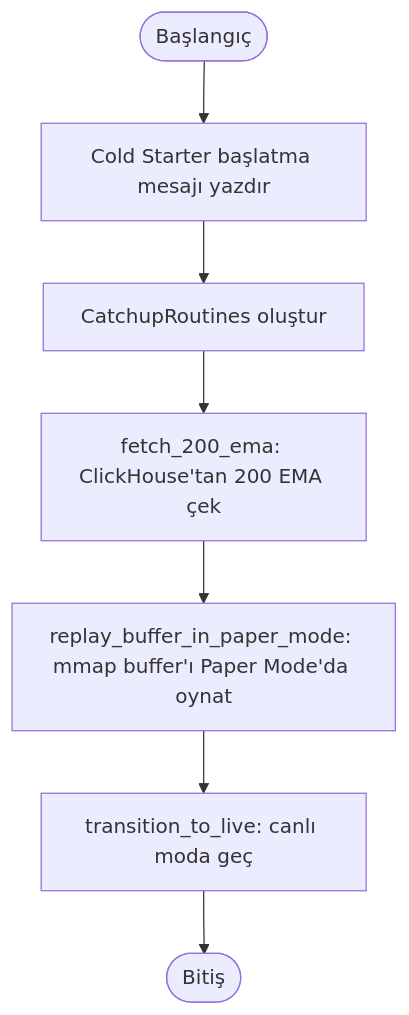
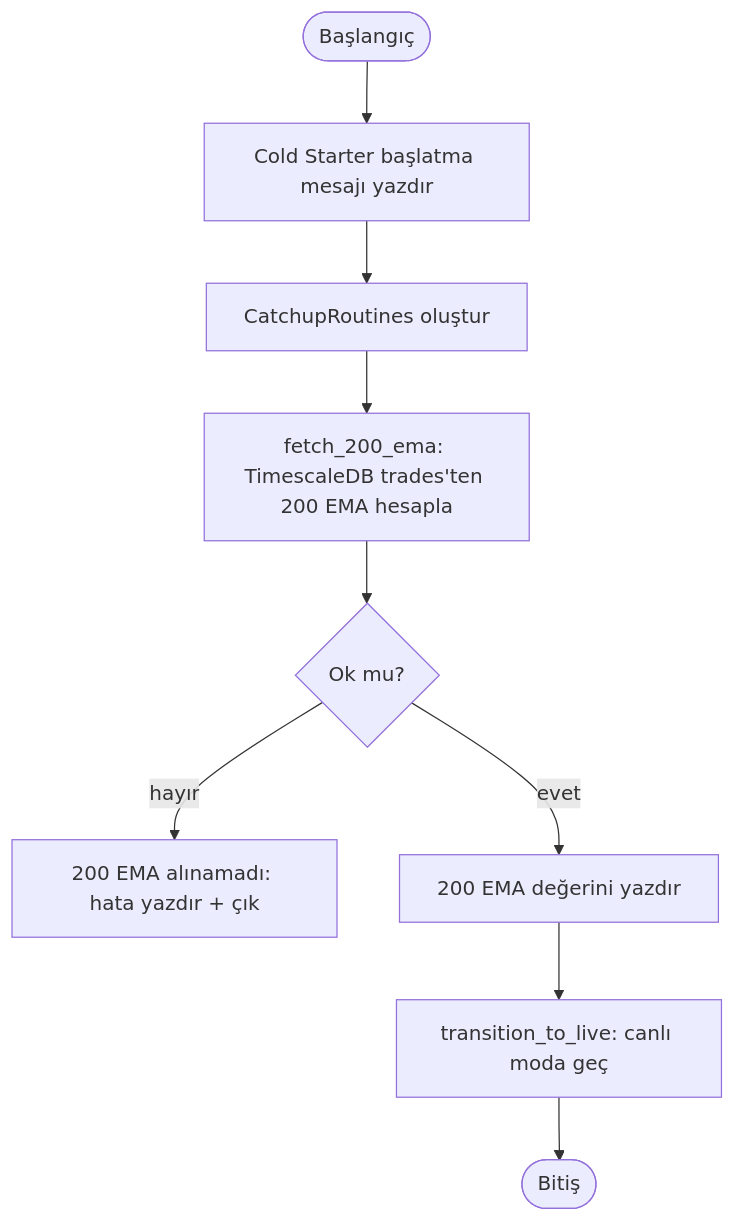
Before and after one commit to Quant-Trade-Lab-Community/cycle_finance_bot: the diagram in docs/flowcharts/dosya-akis/cold-starter/src/main.rs.mmd, drawn with Mermaid. The commit also changed 165 other files, not shown here.

Commit message:
docs: remove deleted services' code dumps and update architecture (Bölüm 3, 2, 1); update Cargo.toml workspace; update mermaid flowcharts; remove SQLite refs

```diff
--- a/docs/flowcharts/dosya-akis/cold-starter/src/main.rs.mmd
+++ b/docs/flowcharts/dosya-akis/cold-starter/src/main.rs.mmd
@@ -1,9 +1,12 @@
 graph TD
     A([Başlangıç]) --> B[Cold Starter başlatma mesajı yazdır]
     B --> C[CatchupRoutines oluştur]
 
-    C --> D[fetch_200_ema: ClickHouse'tan 200 EMA çek]
-    D --> E[replay_buffer_in_paper_mode: mmap buffer'ı Paper Mode'da oynat]
-    E --> F[transition_to_live: canlı moda geç]
+    C --> D[fetch_200_ema: TimescaleDB trades'ten 200 EMA hesapla]
+    D --> E{Ok mu?}
+    E -->|hayır| F[200 EMA alınamadı: hata yazdır + çık]
+    E -->|evet| G[200 EMA değerini yazdır]
 
-    F --> Z([Bitiş])
+    G --> H[transition_to_live: canlı moda geç]
+
+    H --> Z([Bitiş])
```
